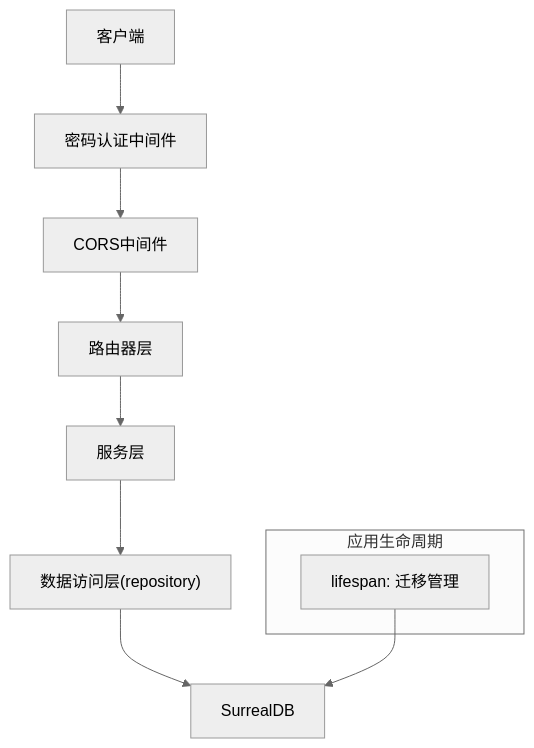
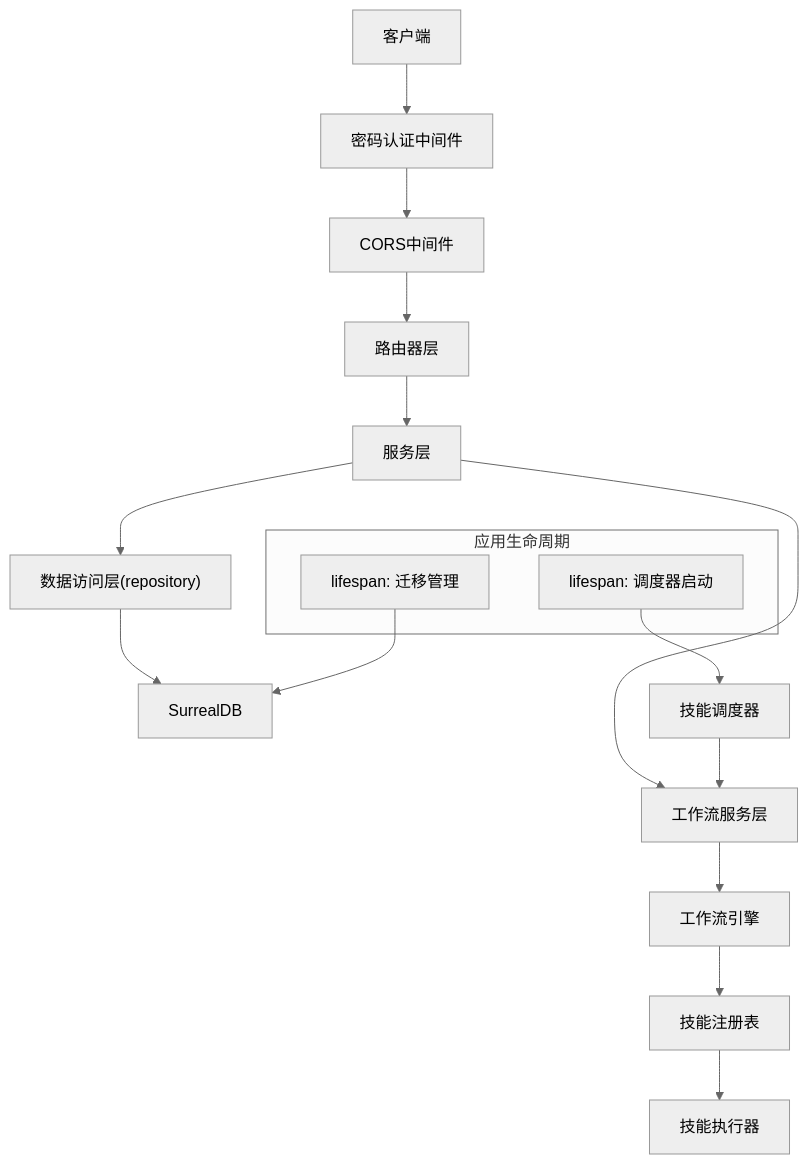
The second of 9 diagrams in .qoder/repowiki/zh/content/后端架构/后端架构.md (jackeyunjie/open-notebook), drawn with Mermaid (neutral theme) before and after one commit. The commit also changed other lines of this file and 24 other files, not shown here.

````diff
--- a/.qoder/repowiki/zh/content/后端架构/后端架构.md
+++ b/.qoder/repowiki/zh/content/后端架构/后端架构.md
@@ -152,13 +194,20 @@
 ```mermaid
 graph TB
 C["客户端"] --> P["密码认证中间件"]
 P --> CORS["CORS中间件"]
 CORS --> ROUTER["路由器层"]
 ROUTER --> SVC["服务层"]
+SVC --> WF_SERVICE["工作流服务层"]
+WF_SERVICE --> WF_ENGINE["工作流引擎"]
+WF_ENGINE --> SKILL_REG["技能注册表"]
+SKILL_REG --> SKILL_RUN["技能执行器"]
 SVC --> REPO["数据访问层(repository)"]
 REPO --> DB["SurrealDB"]
 subgraph "应用生命周期"
 LIFE["lifespan: 迁移管理"]
+SCHED["lifespan: 调度器启动"]
 end
 LIFE --> DB
+SCHED --> WF_SCHED["技能调度器"]
+WF_SCHED --> WF_SERVICE
 ```
````
